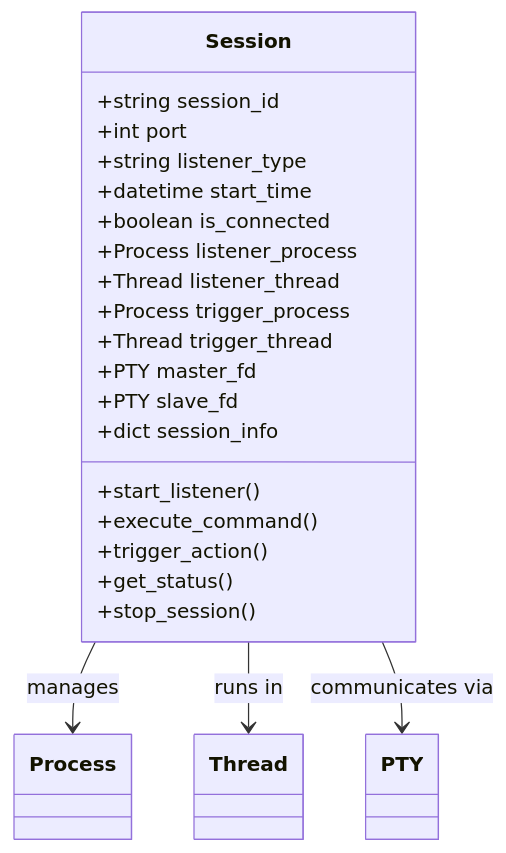
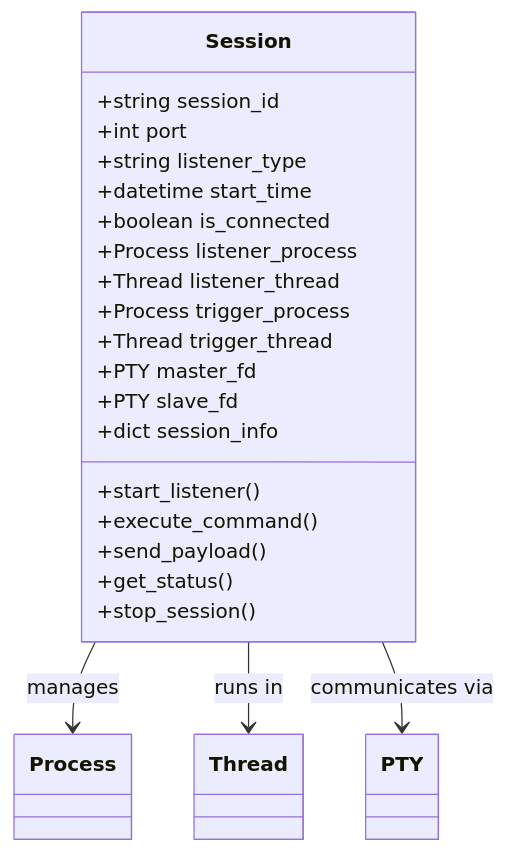
Before and after one commit to sh4faq/MCP-Kali-Server: the fourth of 14 diagrams in doc/REVERSE_SHELL_MANAGER.md, drawn with Mermaid. The commit also changed other lines of this file and 6 other files, not shown here.

First line of the commit message:
✨ Rename trigger action to send payload in reverse shell API

````diff
--- a/doc/REVERSE_SHELL_MANAGER.md
+++ b/doc/REVERSE_SHELL_MANAGER.md
@@ -145,27 +145,27 @@
 ```mermaid
 classDiagram
     class Session {
         +string session_id
         +int port
         +string listener_type
         +datetime start_time
         +boolean is_connected
         +Process listener_process
         +Thread listener_thread
         +Process trigger_process
         +Thread trigger_thread
         +PTY master_fd
         +PTY slave_fd
         +dict session_info
         
         +start_listener()
         +execute_command()
-        +trigger_action()
+        +send_payload()
         +get_status()
         +stop_session()
     }
     
     Session --> Process : manages
     Session --> Thread : runs in
     Session --> PTY : communicates via
 ```
````
